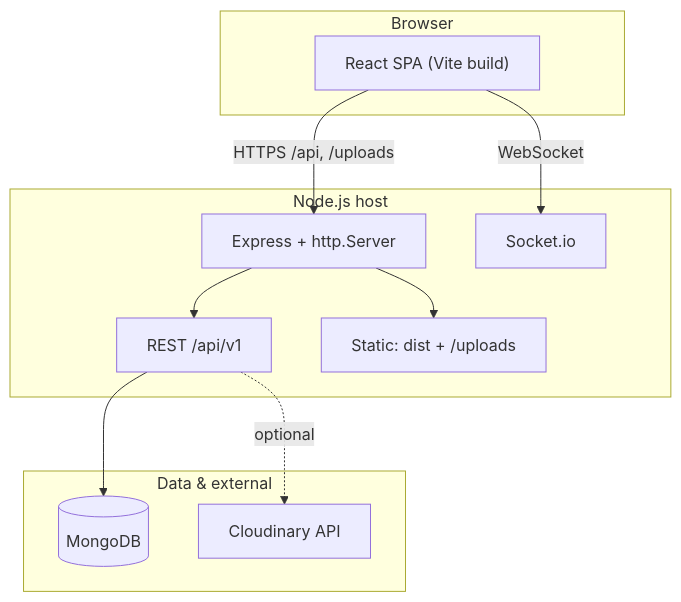
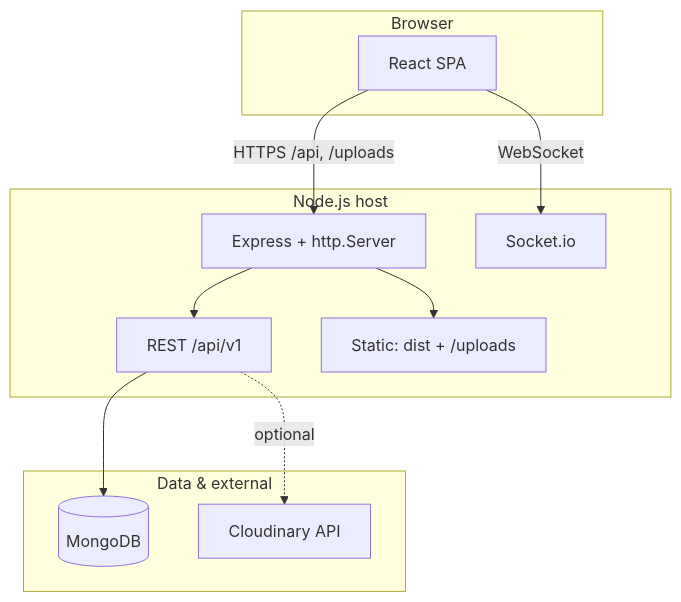
Before and after one commit to Abdelkouddous/MedCareer: the second of 5 diagrams in system_design.md, drawn with Mermaid. The commit also changed other lines of this file and 28 other files, not shown here.

````diff
--- a/system_design.md
+++ b/system_design.md
@@ -31,25 +44,25 @@
 ```mermaid
 flowchart TB
   subgraph Client["Browser"]
-    SPA["React SPA (Vite build)"]
+    SPA["React SPA"]
   end
 
   subgraph Server["Node.js host"]
     HTTP["Express + http.Server"]
     IO["Socket.io"]
     API["REST /api/v1"]
     Static["Static: dist + /uploads"]
   end
 
   subgraph Data["Data & external"]
     MONGO[(MongoDB)]
     CL["Cloudinary API"]
   end
 
   SPA -->|HTTPS /api, /uploads| HTTP
   SPA -->|WebSocket| IO
   HTTP --> API
   HTTP --> Static
   API --> MONGO
   API -.->|optional| CL
 ```
````
